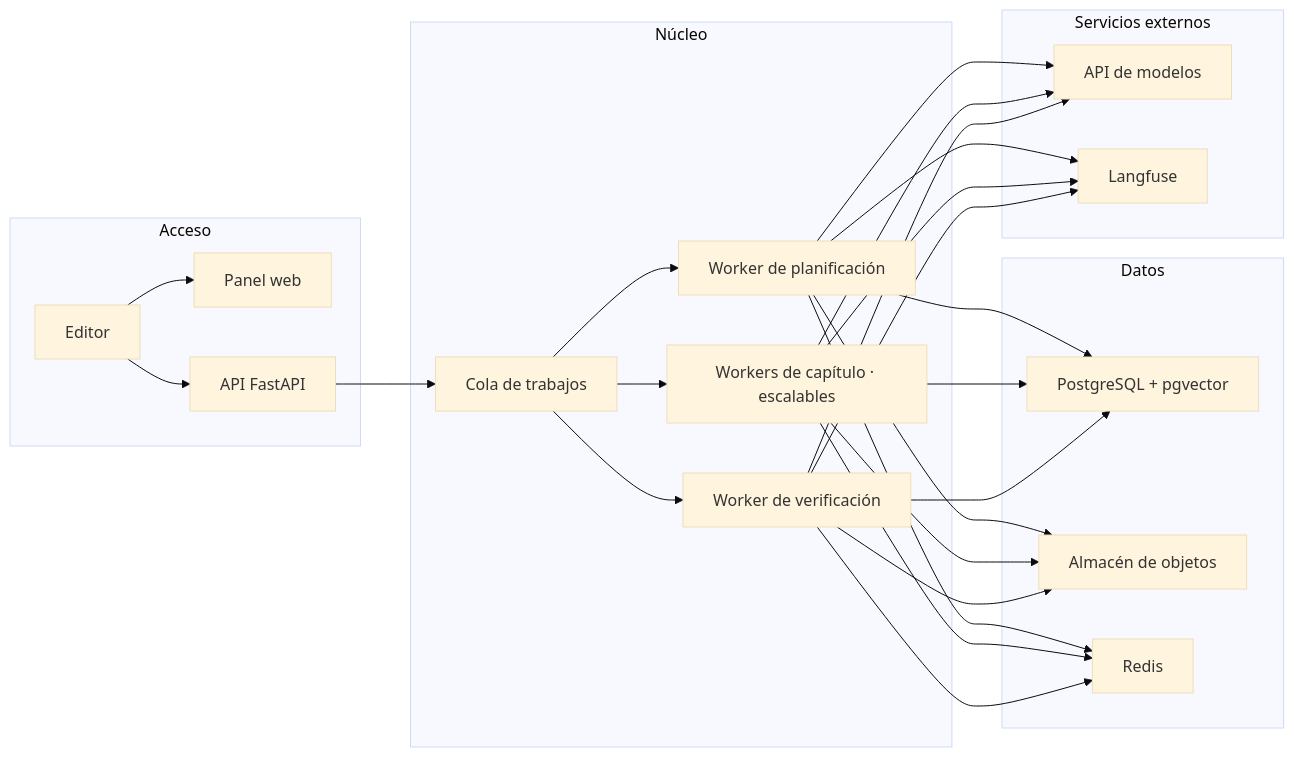
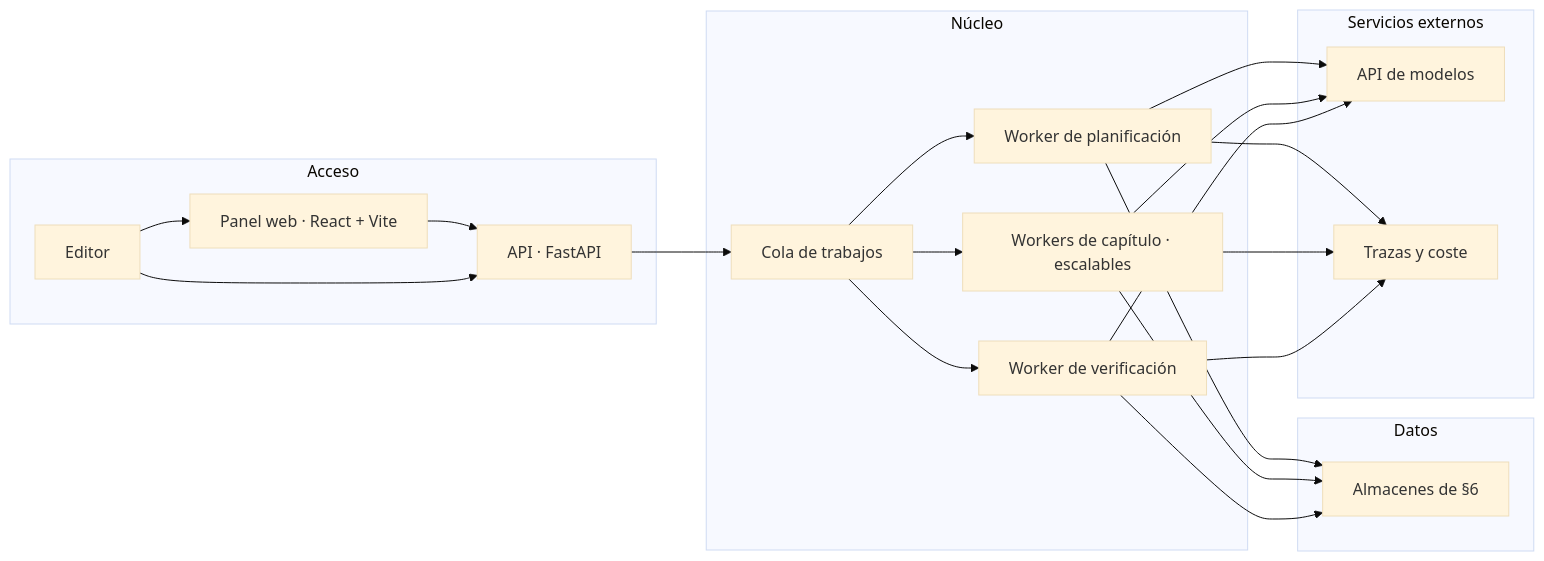
Before and after one commit to Asieribarz/my-story-marker: the seventh of 8 diagrams in docs/architecture.md, drawn with Mermaid (base theme). The commit also changed other lines of this file and 1 other file, not shown here.

First line of the commit message:
Describe the architecture by function, not by vendor

````diff
--- a/docs/architecture.md
+++ b/docs/architecture.md
@@ -254,25 +251,24 @@
 ```mermaid
 flowchart LR
   subgraph EDGE["Acceso"]
-    U["Editor"] --> W["Panel web"]
-    U --> API["API FastAPI"]
+    U["Editor"] --> W["Panel web · React + Vite"]
+    W --> API["API · FastAPI"]
+    U --> API
   end
   subgraph CORE["Núcleo"]
     API --> Q["Cola de trabajos"]
     Q --> WK1["Worker de planificación"]
     Q --> WK2["Workers de capítulo · escalables"]
     Q --> WK3["Worker de verificación"]
   end
   subgraph DATA["Datos"]
-    PG["PostgreSQL + pgvector"]
-    S3["Almacén de objetos"]
-    RD["Redis"]
+    ST["Almacenes de §6"]
   end
   subgraph EXT["Servicios externos"]
     LLMs["API de modelos"]
-    OBS["Langfuse"]
+    OBS["Trazas y coste"]
   end
-  WK1 & WK2 & WK3 --> PG & S3 & RD
+  WK1 & WK2 & WK3 --> ST
   WK1 & WK2 & WK3 --> LLMs
   WK1 & WK2 & WK3 --> OBS
 ```
````
